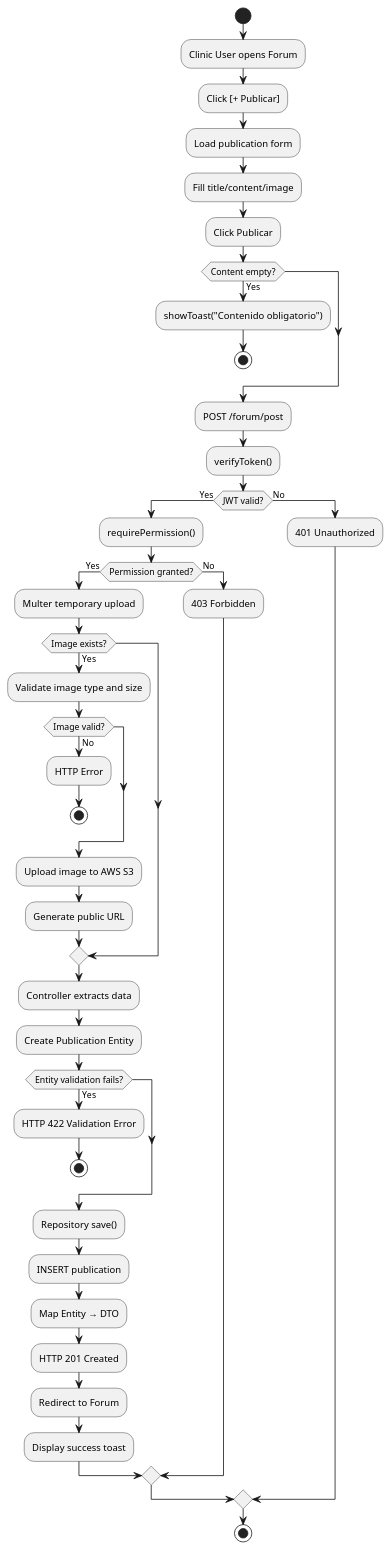
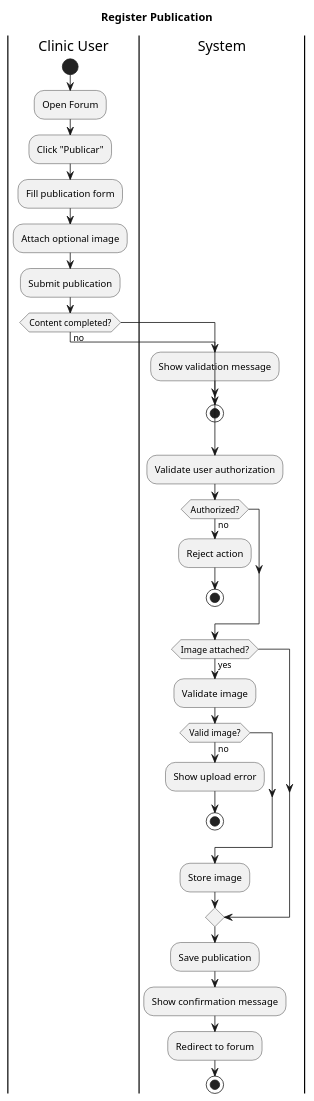
The diagram in uml/F01_Activity.puml (GoldenStrand-UNAM/neupsipro-Web), drawn with PlantUML before and after one commit. The commit also changed 3 other files, not shown here.

Commit message:
fix(diagrams): changed the activity diagrams to actual activity diagrams

```diff
--- a/uml/F01_Activity.puml
+++ b/uml/F01_Activity.puml
@@ -1,91 +1,60 @@
 @startuml Activity_Registrar_Publicacion
+title Register Publication
+
+|Clinic User|
 
 start
 
-:Clinic User opens Forum;
+:Open Forum;
 
-:Click [+ Publicar];
+:Click "Publicar";
 
-:Load publication form;
+:Fill publication form;
 
-:Fill title/content/image;
+:Attach optional image;
 
-:Click Publicar;
+:Submit publication;
 
-if (Content empty?) then (Yes)
+if (Content completed?) then (no)
 
-    :showToast("Contenido obligatorio");
-
+    |System|
+    :Show validation message;
     stop
 
 endif
 
-:POST /forum/post;
+|System|
 
-:verifyToken();
+:Validate user authorization;
 
-if (JWT valid?) then (Yes)
+if (Authorized?) then (no)
 
-    :requirePermission();
+    :Reject action;
+    stop
 
-    if (Permission granted?) then (Yes)
+endif
 
-        :Multer temporary upload;
+if (Image attached?) then (yes)
 
-        if (Image exists?) then (Yes)
+    :Validate image;
 
-            :Validate image type and size;
+    if (Valid image?) then (no)
 
-            if (Image valid?) then (No)
-
-                :HTTP Error;
-
-                stop
-
-            endif
-
-            :Upload image to AWS S3;
-
-            :Generate public URL;
-
-        endif
-
-        :Controller extracts data;
-
-        :Create Publication Entity;
-
-        if (Entity validation fails?) then (Yes)
-
-            :HTTP 422 Validation Error;
-
-            stop
-
-        endif
-
-        :Repository save();
-
-        :INSERT publication;
-
-        :Map Entity → DTO;
-
-        :HTTP 201 Created;
-
-        :Redirect to Forum;
-
-        :Display success toast;
-
-    else (No)
-
-        :403 Forbidden;
+        :Show upload error;
+        stop
 
     endif
 
-else (No)
-
-    :401 Unauthorized;
+    :Store image;
 
 endif
+
+:Save publication;
+
+:Show confirmation message;
+
+:Redirect to forum;
 
 stop
 
 @enduml
```
